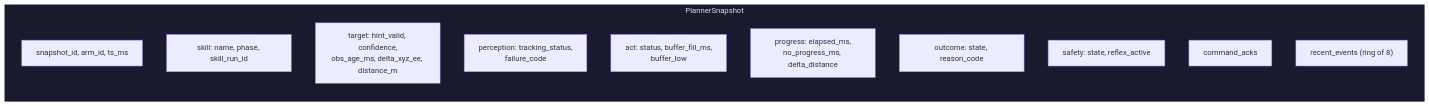
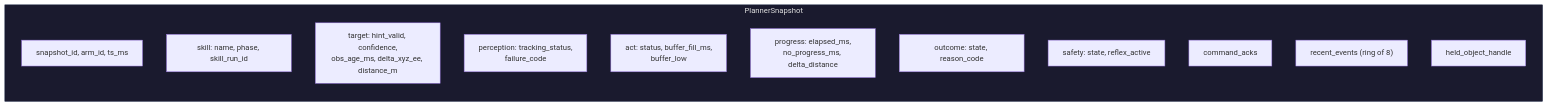
Before and after one commit to andrei-ace/HALO: the ninth of 10 diagrams in docs/README.md, drawn with Mermaid. The commit also changed other lines of this file and 2 other files, not shown here.

First line of the commit message:
docs: update documentation for autonomous SimServer, held-object state, and normalised coordinates

````diff
--- a/docs/README.md
+++ b/docs/README.md
@@ -255,17 +282,18 @@
 ```mermaid
 graph LR
     subgraph Snapshot["PlannerSnapshot"]
         ID["snapshot_id, arm_id, ts_ms"]
         SK["skill: name, phase, skill_run_id"]
         TG["target: hint_valid, confidence,\nobs_age_ms, delta_xyz_ee, distance_m"]
         PC["perception: tracking_status,\nfailure_code"]
         ACT["act: status, buffer_fill_ms,\nbuffer_low"]
         PR["progress: elapsed_ms,\nno_progress_ms, delta_distance"]
         OUT["outcome: state, reason_code"]
         SAF["safety: state, reflex_active"]
         CMD["command_acks"]
         EVT["recent_events (ring of 8)"]
+        HLD["held_object_handle"]
     end
 
     style Snapshot fill:#1a1a2e,stroke:#16213e,color:#e0e0e0
 ```
````
